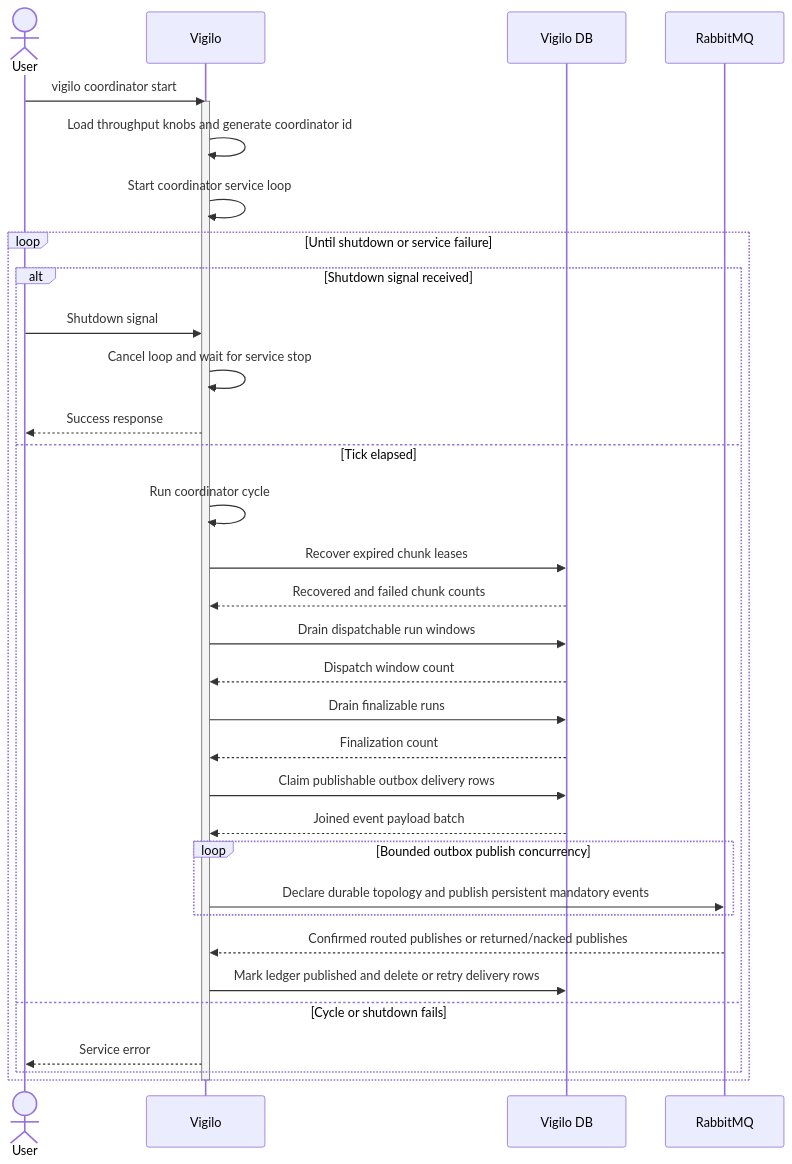
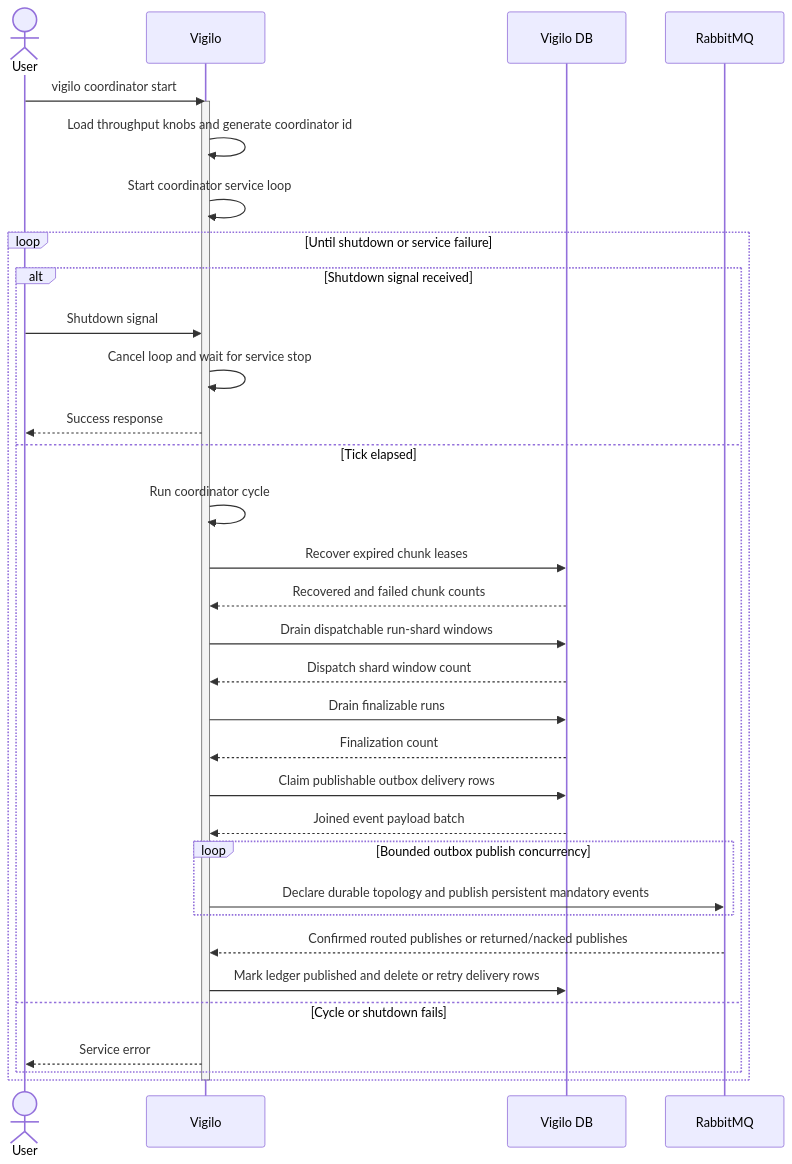
One commit to gregl83/agent-vigilo changed the diagram in web/docs/architecture/flows/coordinator/start/execution-flow.mmd. Above: the diagram before and after it, drawn with Mermaid. The commit also changed 28 other files, not shown here.

```diff
--- a/web/docs/architecture/flows/coordinator/start/execution-flow.mmd
+++ b/web/docs/architecture/flows/coordinator/start/execution-flow.mmd
@@ -1,44 +1,44 @@
 ---
 config:
   flowchart:
     nodeSpacing: 150
     rankSpacing: 80
   themeVariables:
     edgeLabelBackground: 'transparent'
 ---
 sequenceDiagram
     actor User
     participant Vigilo
     participant DB as Vigilo DB
     participant Queue as RabbitMQ
 
     User->>Vigilo: vigilo coordinator start
     activate Vigilo
     Vigilo->>Vigilo: Load throughput knobs and generate coordinator id
     Vigilo->>Vigilo: Start coordinator service loop
 
     loop Until shutdown or service failure
         alt Shutdown signal received
             User->>Vigilo: Shutdown signal
             Vigilo->>Vigilo: Cancel loop and wait for service stop
             Vigilo-->>User: Success response
         else Tick elapsed
             Vigilo->>Vigilo: Run coordinator cycle
             Vigilo->>DB: Recover expired chunk leases
             DB-->>Vigilo: Recovered and failed chunk counts
-            Vigilo->>DB: Drain dispatchable run windows
-            DB-->>Vigilo: Dispatch window count
+            Vigilo->>DB: Drain dispatchable run-shard windows
+            DB-->>Vigilo: Dispatch shard window count
             Vigilo->>DB: Drain finalizable runs
             DB-->>Vigilo: Finalization count
             Vigilo->>DB: Claim publishable outbox delivery rows
             DB-->>Vigilo: Joined event payload batch
             loop Bounded outbox publish concurrency
                 Vigilo->>Queue: Declare durable topology and publish persistent mandatory events
             end
             Queue-->>Vigilo: Confirmed routed publishes or returned/nacked publishes
             Vigilo->>DB: Mark ledger published and delete or retry delivery rows
         else Cycle or shutdown fails
             Vigilo-->>User: Service error
         end
     end
     deactivate Vigilo
```
